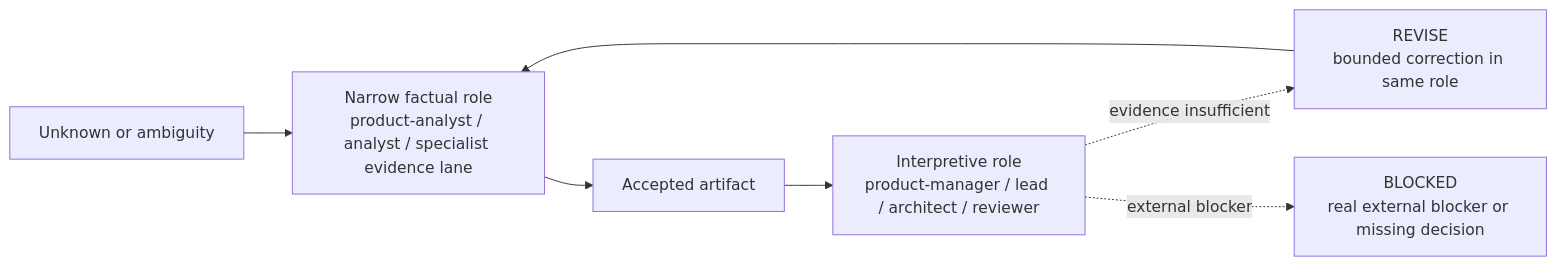
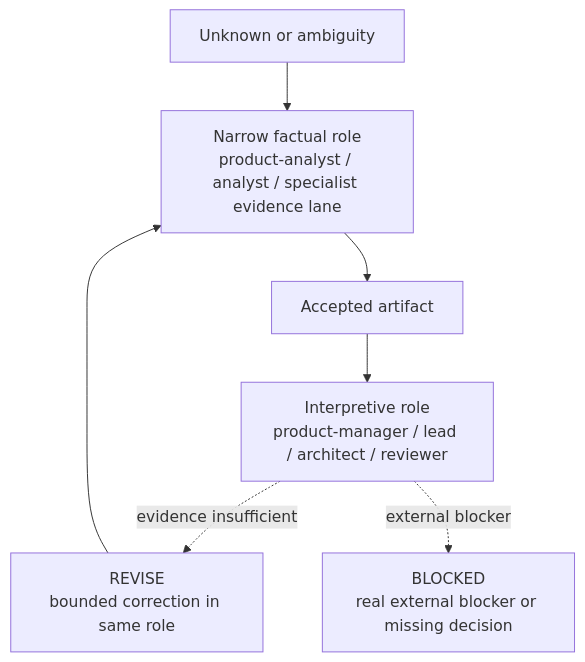
Before and after one commit to applicate2628/Orchestrarium: the fourth of 4 diagrams in references/operating-model-diagram.md, drawn with Mermaid. The commit also changed other lines of this file and 1 other file, not shown here.

````diff
--- a/references/operating-model-diagram.md
+++ b/references/operating-model-diagram.md
@@ -111,16 +119,16 @@
 ```mermaid
-flowchart LR
+flowchart TB
     U["Unknown or ambiguity"]
     F["Narrow factual role<br/>product-analyst / analyst / specialist evidence lane"]
     AF["Accepted artifact"]
     I["Interpretive role<br/>product-manager / lead / architect / reviewer"]
     R["REVISE<br/>bounded correction in same role"]
     B["BLOCKED<br/>real external blocker or missing decision"]
 
     U --> F
     F --> AF
     AF --> I
     I -. "evidence insufficient" .-> R
     R --> F
     I -. "external blocker" .-> B
 ```
````
